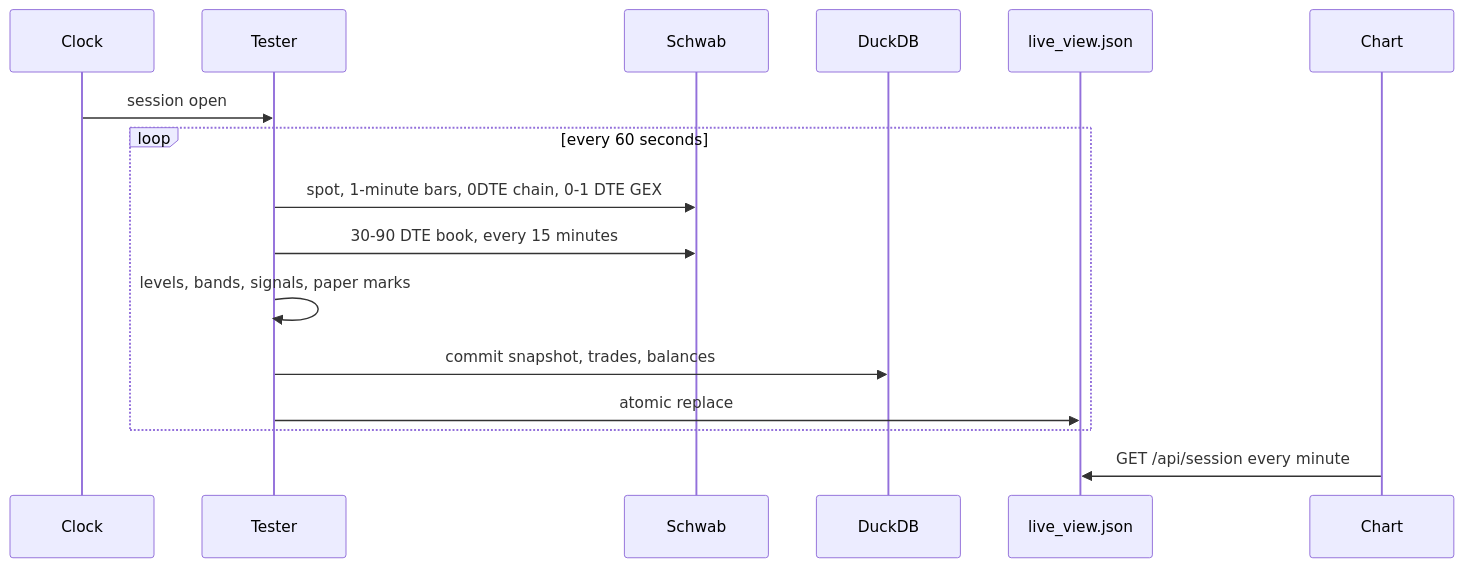
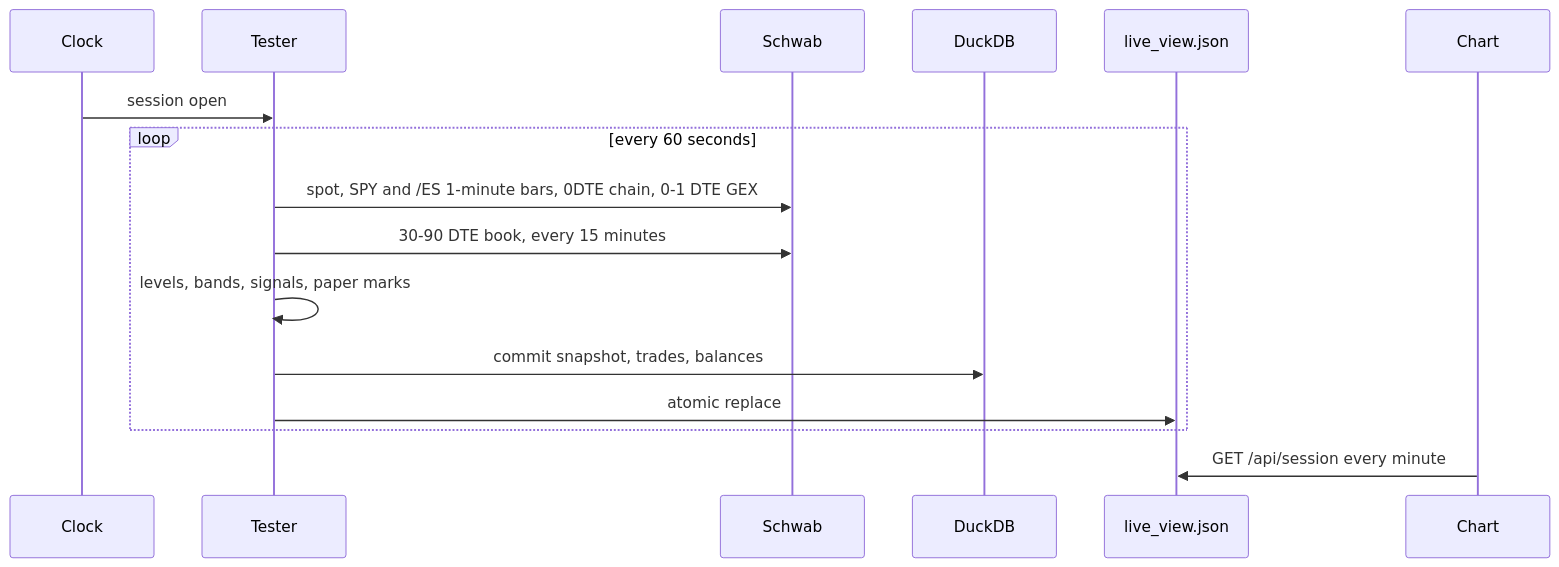
Before and after one commit to DBurca/GEXFlowTrader: the second of 4 diagrams in README.md, drawn with Mermaid. The commit also changed other lines of this file and 9 other files, not shown here.

````diff
--- a/README.md
+++ b/README.md
@@ -45,19 +45,19 @@
 ```mermaid
 sequenceDiagram
   participant Clock
   participant Tester
   participant Schwab
   participant DuckDB
   participant JSON as live_view.json
   participant Chart
 
   Clock->>Tester: session open
   loop every 60 seconds
-    Tester->>Schwab: spot, 1-minute bars, 0DTE chain, 0-1 DTE GEX
+    Tester->>Schwab: spot, SPY and /ES 1-minute bars, 0DTE chain, 0-1 DTE GEX
     Tester->>Schwab: 30-90 DTE book, every 15 minutes
     Tester->>Tester: levels, bands, signals, paper marks
     Tester->>DuckDB: commit snapshot, trades, balances
     Tester->>JSON: atomic replace
   end
   Chart->>JSON: GET /api/session every minute
 ```
````
